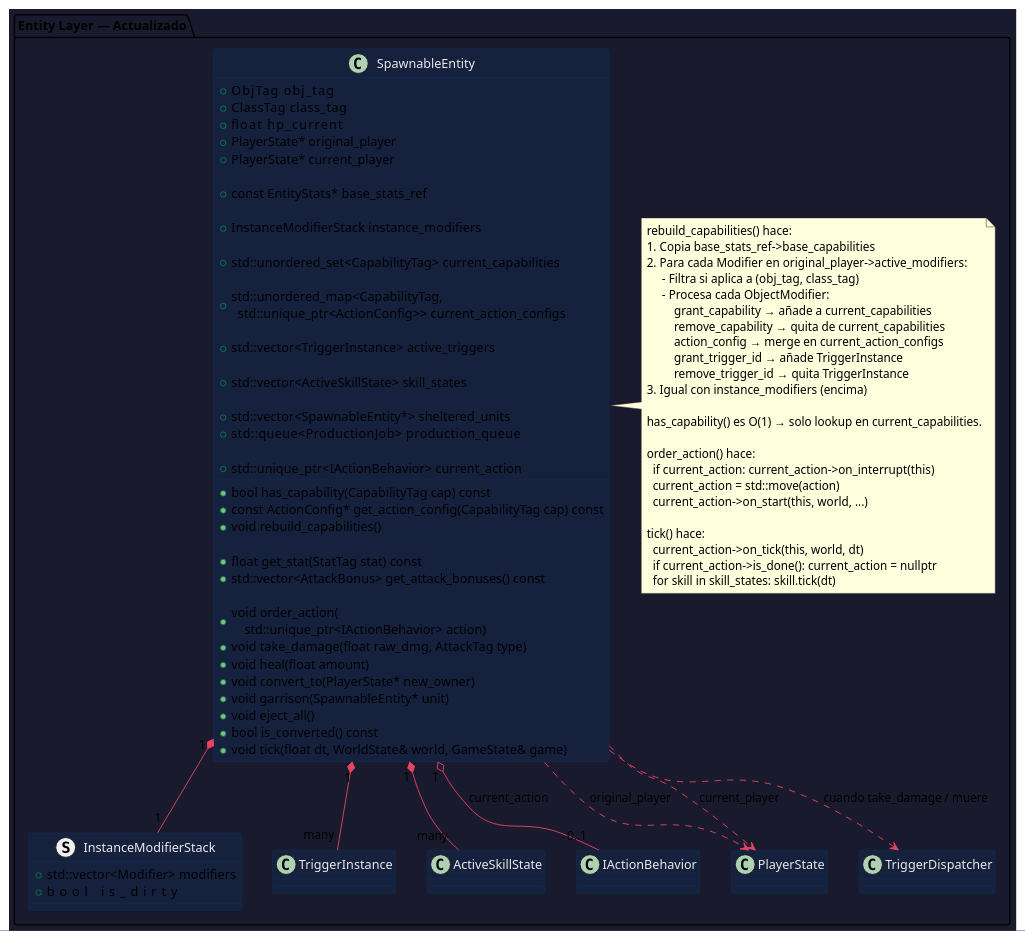
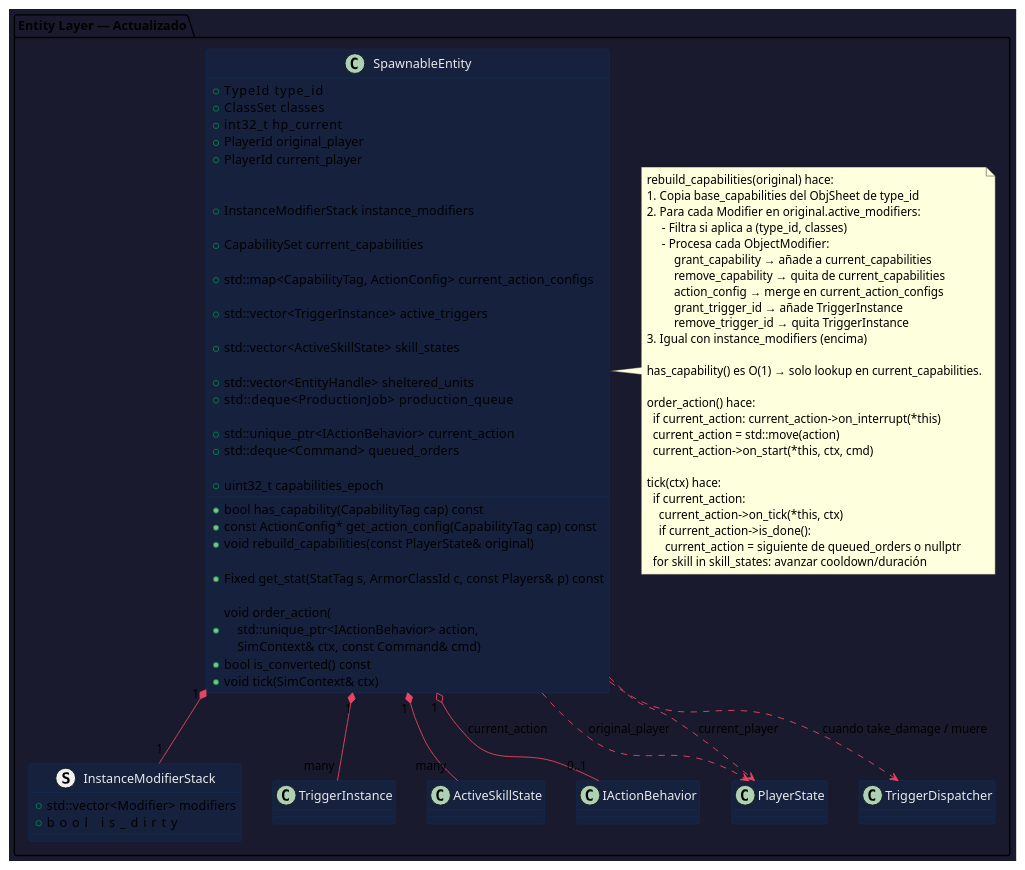
The seventh of 9 diagrams in mutability.md (imanih-code/aoe-clone), drawn with PlantUML before and after one commit. The commit also changed other lines of this file and 3 other files, not shown here.

First line of the commit message:
docs: revise design for a C++20/SFML 3 build and add roadmap

```diff
--- a/mutability.md
+++ b/mutability.md
@@ -752,26 +757,26 @@
   }
 
   class SpawnableEntity {
-    + ObjTag     obj_tag
-    + ClassTag   class_tag
-    + float      hp_current
-    + PlayerState* original_player
-    + PlayerState* current_player
+    + TypeId     type_id
+    + ClassSet   classes
+    + int32_t    hp_current
+    + PlayerId original_player
+    + PlayerId current_player
 
-    + const EntityStats*  base_stats_ref
+    ' stats base: data.sheet(type_id).base_stats (sin puntero guardado)
 
     + InstanceModifierStack  instance_modifiers
 
     ' ─── NUEVO: capabilities computadas ──────────────────
-    + std::unordered_set<CapabilityTag>  current_capabilities
+    + CapabilitySet  current_capabilities
     ' = base_capabilities
-    '   + caps otorgadas por original_player->active_modifiers
+    '   + caps otorgadas por players[original_player].active_modifiers
     '   + caps otorgadas por instance_modifiers
     '   - caps removidas por cualquiera de los anteriores
-    ' Se recalcula cuando algún modifier cambia (is_dirty).
+    ' Se recalcula cuando cambia la época del jugador o is_dirty de la instancia.
 
     ' ─── NUEVO: action configs mergeadas ─────────────────
-    + std::unordered_map<CapabilityTag,\n  std::unique_ptr<ActionConfig>>  current_action_configs
+    + std::map<CapabilityTag, ActionConfig>  current_action_configs
     ' = base_action_configs mergeadas con las de los modifiers.
 
     ' ─── NUEVO: triggers activos ──────────────────────────
@@ -783,43 +788,50 @@
     + std::vector<ActiveSkillState>  skill_states
 
     ' ─── Garrisón y producción (igual que antes) ──────────
-    + std::vector<SpawnableEntity*>  sheltered_units
-    + std::queue<ProductionJob>      production_queue
+    + std::vector<EntityHandle>  sheltered_units
+    + std::deque<ProductionJob>      production_queue
 
     ' ─── Acción en curso (la que el jugador ordenó) ───────
     + std::unique_ptr<IActionBehavior>  current_action
     ' Solo una acción ordenada a la vez (move, attack, build...).
     ' Las skills van en skill_states separadas.
+    ' unique_ptr hace la entidad move-only: SlotMap debe moverla, no copiarla.
+    ' El behavior guarda EntityHandle de sus objetivos, nunca punteros.
+    + std::deque<Command>  queued_orders
+    ' órdenes encoladas con shift
+
+    ' ─── Caché de capabilities ────────────────────────────
+    + uint32_t capabilities_epoch
+    ' época del jugador original con la que se reconstruyó
 
     ' ─── Métodos de capabilities ──────────────────────────
     + bool has_capability(CapabilityTag cap) const
     + const ActionConfig* get_action_config(CapabilityTag cap) const
-    + void rebuild_capabilities()
+    ' puntero de observación al valor del map; nullptr si no la tiene
+    + void rebuild_capabilities(const PlayerState& original)
     ' Recalcula current_capabilities y current_action_configs
     ' desde base + player mods + instance mods.
-    ' Llamado cuando is_dirty en algún modifier stack.
+    ' Se llama al empezar el tick de la entidad si
+    '   capabilities_epoch != players[original_player].modifier_epoch
+    '   o instance_modifiers.is_dirty
 
-    ' ─── Métodos de stats (sin cambios) ──────────────────
-    + float get_stat(StatTag stat) const
-    + std::vector<AttackBonus> get_attack_bonuses() const
+    ' ─── Métodos de stats (ver architecture.md §4) ────────
+    + Fixed get_stat(StatTag s, ArmorClassId c, const Players& p) const
 
     ' ─── Acciones básicas ─────────────────────────────────
-    + void order_action(\n    std::unique_ptr<IActionBehavior> action)
-    + void take_damage(float raw_dmg, AttackTag type)
-    + void heal(float amount)
-    + void convert_to(PlayerState* new_owner)
-    + void garrison(SpawnableEntity* unit)
-    + void eject_all()
+    + void order_action(\n    std::unique_ptr<IActionBehavior> action,\n    SimContext& ctx, const Command& cmd)
     + bool is_converted() const
-    + void tick(float dt, WorldState& world, GameState& game)
-    ' tick(): avanza current_action, skills, y verifica triggers
+    + void tick(SimContext& ctx)
+    ' tick(): avanza current_action y skills.
+    ' Daño, curación, conversión y garrison los aplican
+    ' sistemas de GameState (tocan a más de una entidad).
   }
 
   note right of SpawnableEntity
-    rebuild_capabilities() hace:
-    1. Copia base_stats_ref->base_capabilities
-    2. Para cada Modifier en original_player->active_modifiers:
-         - Filtra si aplica a (obj_tag, class_tag)
+    rebuild_capabilities(original) hace:
+    1. Copia base_capabilities del ObjSheet de type_id
+    2. Para cada Modifier en original.active_modifiers:
+         - Filtra si aplica a (type_id, classes)
          - Procesa cada ObjectModifier:
              grant_capability → añade a current_capabilities
              remove_capability → quita de current_capabilities
@@ -831,14 +843,16 @@
     has_capability() es O(1) → solo lookup en current_capabilities.
 
     order_action() hace:
-      if current_action: current_action->on_interrupt(this)
+      if current_action: current_action->on_interrupt(*this)
       current_action = std::move(action)
-      current_action->on_start(this, world, ...)
+      current_action->on_start(*this, ctx, cmd)
 
-    tick() hace:
-      current_action->on_tick(this, world, dt)
-      if current_action->is_done(): current_action = nullptr
-      for skill in skill_states: skill.tick(dt)
+    tick(ctx) hace:
+      if current_action:
+        current_action->on_tick(*this, ctx)
+        if current_action->is_done():
+          current_action = siguiente de queued_orders o nullptr
+      for skill in skill_states: avanzar cooldown/duración
   end note
 
   SpawnableEntity "1" *-- "1"    InstanceModifierStack
```
